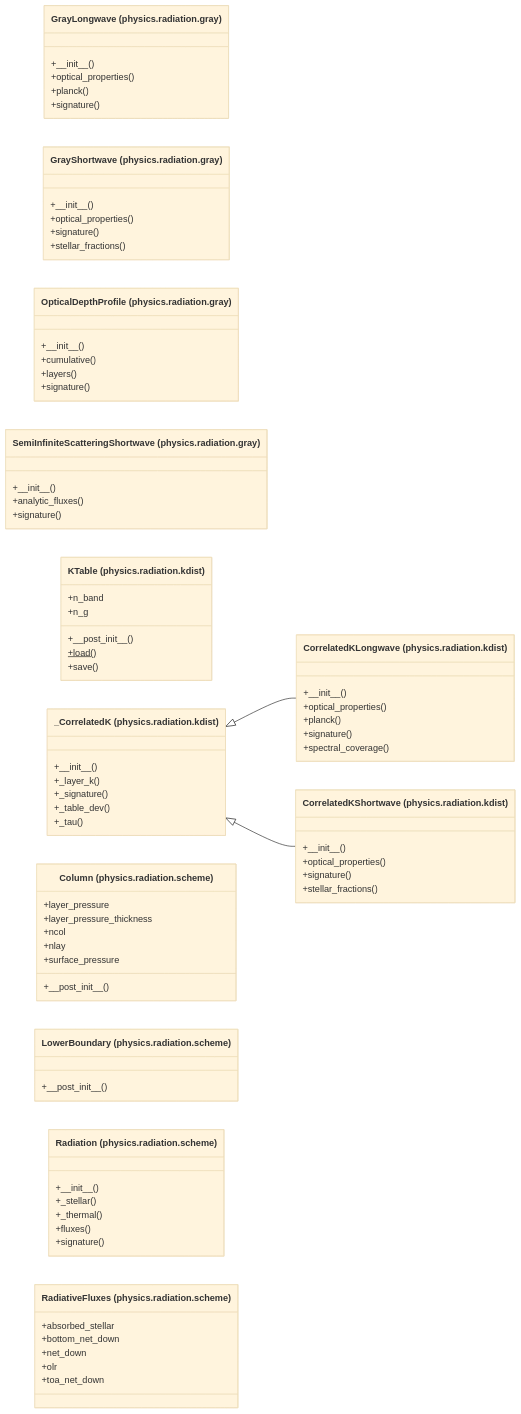
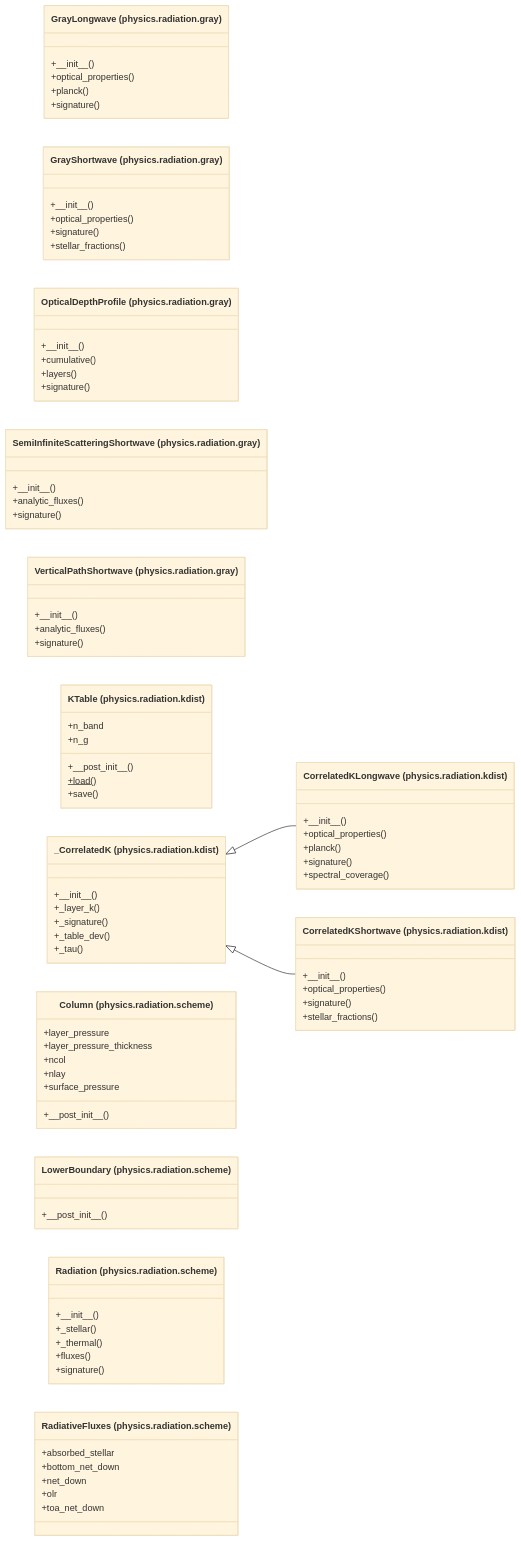
The second of 2 diagrams in docs/architecture/current/packages/tropoi.physics.radiation.md (AlexandreEros/Palintropos), drawn with Mermaid (base theme) before and after one commit. The commit also changed other lines of this file and 12 other files, not shown here.

Commit message:
docs(architecture): declare the Mars preset entry point; regenerate snapshot

````diff
--- a/docs/architecture/current/packages/tropoi.physics.radiation.md
+++ b/docs/architecture/current/packages/tropoi.physics.radiation.md
@@ -51,71 +51,75 @@
 ```mermaid
 %% Generated by tools.architecture 2.3.0. Do not edit by hand.
 %% Classes of tropoi.physics.radiation
 classDiagram
     direction LR
     class c_tropoi_ophysics_oradiation_ogray_oGrayLongwave["GrayLongwave (physics.radiation.gray)"]
     c_tropoi_ophysics_oradiation_ogray_oGrayLongwave : +#95;#95;init#95;#95;()
     c_tropoi_ophysics_oradiation_ogray_oGrayLongwave : +optical#95;properties()
     c_tropoi_ophysics_oradiation_ogray_oGrayLongwave : +planck()
     c_tropoi_ophysics_oradiation_ogray_oGrayLongwave : +signature()
     class c_tropoi_ophysics_oradiation_ogray_oGrayShortwave["GrayShortwave (physics.radiation.gray)"]
     c_tropoi_ophysics_oradiation_ogray_oGrayShortwave : +#95;#95;init#95;#95;()
     c_tropoi_ophysics_oradiation_ogray_oGrayShortwave : +optical#95;properties()
     c_tropoi_ophysics_oradiation_ogray_oGrayShortwave : +signature()
     c_tropoi_ophysics_oradiation_ogray_oGrayShortwave : +stellar#95;fractions()
     class c_tropoi_ophysics_oradiation_ogray_oOpticalDepthProfile["OpticalDepthProfile (physics.radiation.gray)"]
     c_tropoi_ophysics_oradiation_ogray_oOpticalDepthProfile : +#95;#95;init#95;#95;()
     c_tropoi_ophysics_oradiation_ogray_oOpticalDepthProfile : +cumulative()
     c_tropoi_ophysics_oradiation_ogray_oOpticalDepthProfile : +layers()
     c_tropoi_ophysics_oradiation_ogray_oOpticalDepthProfile : +signature()
     class c_tropoi_ophysics_oradiation_ogray_oSemiInfiniteScatteringShortwave["SemiInfiniteScatteringShortwave (physics.radiation.gray)"]
     c_tropoi_ophysics_oradiation_ogray_oSemiInfiniteScatteringShortwave : +#95;#95;init#95;#95;()
     c_tropoi_ophysics_oradiation_ogray_oSemiInfiniteScatteringShortwave : +analytic#95;fluxes()
     c_tropoi_ophysics_oradiation_ogray_oSemiInfiniteScatteringShortwave : +signature()
+    class c_tropoi_ophysics_oradiation_ogray_oVerticalPathShortwave["VerticalPathShortwave (physics.radiation.gray)"]
+    c_tropoi_ophysics_oradiation_ogray_oVerticalPathShortwave : +#95;#95;init#95;#95;()
+    c_tropoi_ophysics_oradiation_ogray_oVerticalPathShortwave : +analytic#95;fluxes()
+    c_tropoi_ophysics_oradiation_ogray_oVerticalPathShortwave : +signature()
     class c_tropoi_ophysics_oradiation_okdist_oCorrelatedKLongwave["CorrelatedKLongwave (physics.radiation.kdist)"]
     c_tropoi_ophysics_oradiation_okdist_oCorrelatedKLongwave : +#95;#95;init#95;#95;()
     c_tropoi_ophysics_oradiation_okdist_oCorrelatedKLongwave : +optical#95;properties()
     c_tropoi_ophysics_oradiation_okdist_oCorrelatedKLongwave : +planck()
     c_tropoi_ophysics_oradiation_okdist_oCorrelatedKLongwave : +signature()
     c_tropoi_ophysics_oradiation_okdist_oCorrelatedKLongwave : +spectral#95;coverage()
     class c_tropoi_ophysics_oradiation_okdist_oCorrelatedKShortwave["CorrelatedKShortwave (physics.radiation.kdist)"]
     c_tropoi_ophysics_oradiation_okdist_oCorrelatedKShortwave : +#95;#95;init#95;#95;()
     c_tropoi_ophysics_oradiation_okdist_oCorrelatedKShortwave : +optical#95;properties()
     c_tropoi_ophysics_oradiation_okdist_oCorrelatedKShortwave : +signature()
     c_tropoi_ophysics_oradiation_okdist_oCorrelatedKShortwave : +stellar#95;fractions()
     class c_tropoi_ophysics_oradiation_okdist_oKTable["KTable (physics.radiation.kdist)"]
     c_tropoi_ophysics_oradiation_okdist_oKTable : +#95;#95;post#95;init#95;#95;()
     c_tropoi_ophysics_oradiation_okdist_oKTable : +load()$
     c_tropoi_ophysics_oradiation_okdist_oKTable : +n#95;band
     c_tropoi_ophysics_oradiation_okdist_oKTable : +n#95;g
     c_tropoi_ophysics_oradiation_okdist_oKTable : +save()
     class c_tropoi_ophysics_oradiation_okdist_o__CorrelatedK["#95;CorrelatedK (physics.radiation.kdist)"]
     c_tropoi_ophysics_oradiation_okdist_o__CorrelatedK : +#95;#95;init#95;#95;()
     c_tropoi_ophysics_oradiation_okdist_o__CorrelatedK : +#95;layer#95;k()
     c_tropoi_ophysics_oradiation_okdist_o__CorrelatedK : +#95;signature()
     c_tropoi_ophysics_oradiation_okdist_o__CorrelatedK : +#95;table#95;dev()
     c_tropoi_ophysics_oradiation_okdist_o__CorrelatedK : +#95;tau()
     class c_tropoi_ophysics_oradiation_oscheme_oColumn["Column (physics.radiation.scheme)"]
     c_tropoi_ophysics_oradiation_oscheme_oColumn : +#95;#95;post#95;init#95;#95;()
     c_tropoi_ophysics_oradiation_oscheme_oColumn : +layer#95;pressure
     c_tropoi_ophysics_oradiation_oscheme_oColumn : +layer#95;pressure#95;thickness
     c_tropoi_ophysics_oradiation_oscheme_oColumn : +ncol
     c_tropoi_ophysics_oradiation_oscheme_oColumn : +nlay
     c_tropoi_ophysics_oradiation_oscheme_oColumn : +surface#95;pressure
     class c_tropoi_ophysics_oradiation_oscheme_oLowerBoundary["LowerBoundary (physics.radiation.scheme)"]
     c_tropoi_ophysics_oradiation_oscheme_oLowerBoundary : +#95;#95;post#95;init#95;#95;()
     class c_tropoi_ophysics_oradiation_oscheme_oRadiation["Radiation (physics.radiation.scheme)"]
     c_tropoi_ophysics_oradiation_oscheme_oRadiation : +#95;#95;init#95;#95;()
     c_tropoi_ophysics_oradiation_oscheme_oRadiation : +#95;stellar()
     c_tropoi_ophysics_oradiation_oscheme_oRadiation : +#95;thermal()
     c_tropoi_ophysics_oradiation_oscheme_oRadiation : +fluxes()
     c_tropoi_ophysics_oradiation_oscheme_oRadiation : +signature()
     class c_tropoi_ophysics_oradiation_oscheme_oRadiativeFluxes["RadiativeFluxes (physics.radiation.scheme)"]
     c_tropoi_ophysics_oradiation_oscheme_oRadiativeFluxes : +absorbed#95;stellar
     c_tropoi_ophysics_oradiation_oscheme_oRadiativeFluxes : +bottom#95;net#95;down
     c_tropoi_ophysics_oradiation_oscheme_oRadiativeFluxes : +net#95;down
     c_tropoi_ophysics_oradiation_oscheme_oRadiativeFluxes : +olr
     c_tropoi_ophysics_oradiation_oscheme_oRadiativeFluxes : +toa#95;net#95;down
     c_tropoi_ophysics_oradiation_okdist_o__CorrelatedK <|-- c_tropoi_ophysics_oradiation_okdist_oCorrelatedKLongwave
     c_tropoi_ophysics_oradiation_okdist_o__CorrelatedK <|-- c_tropoi_ophysics_oradiation_okdist_oCorrelatedKShortwave
 ```
````
